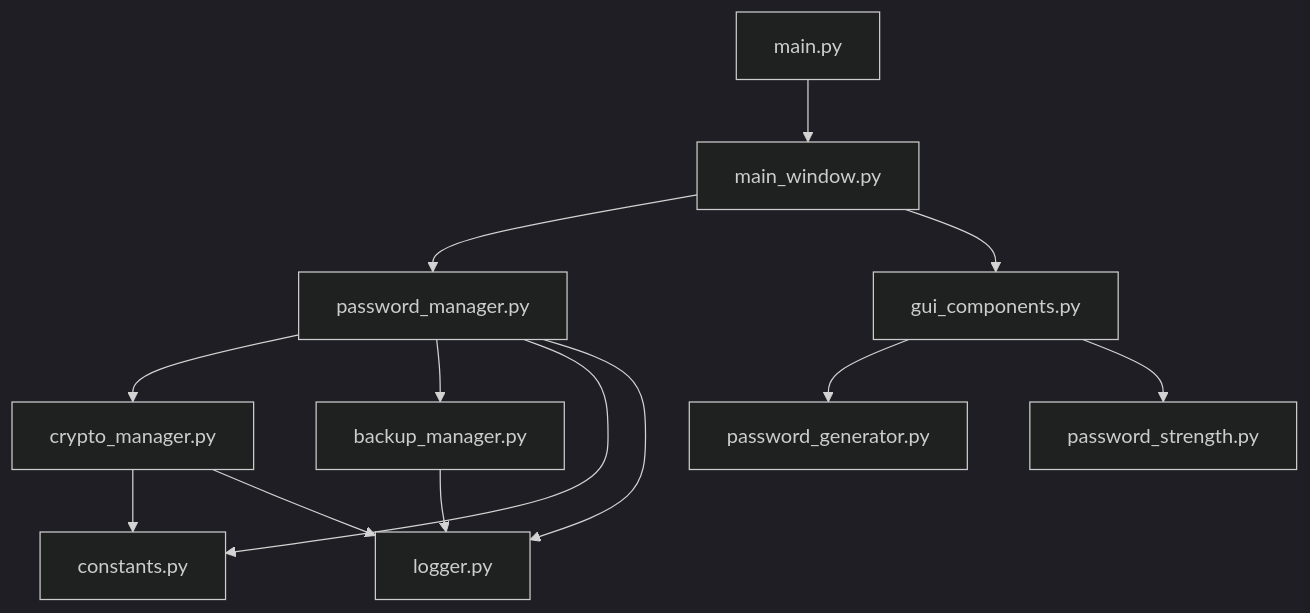
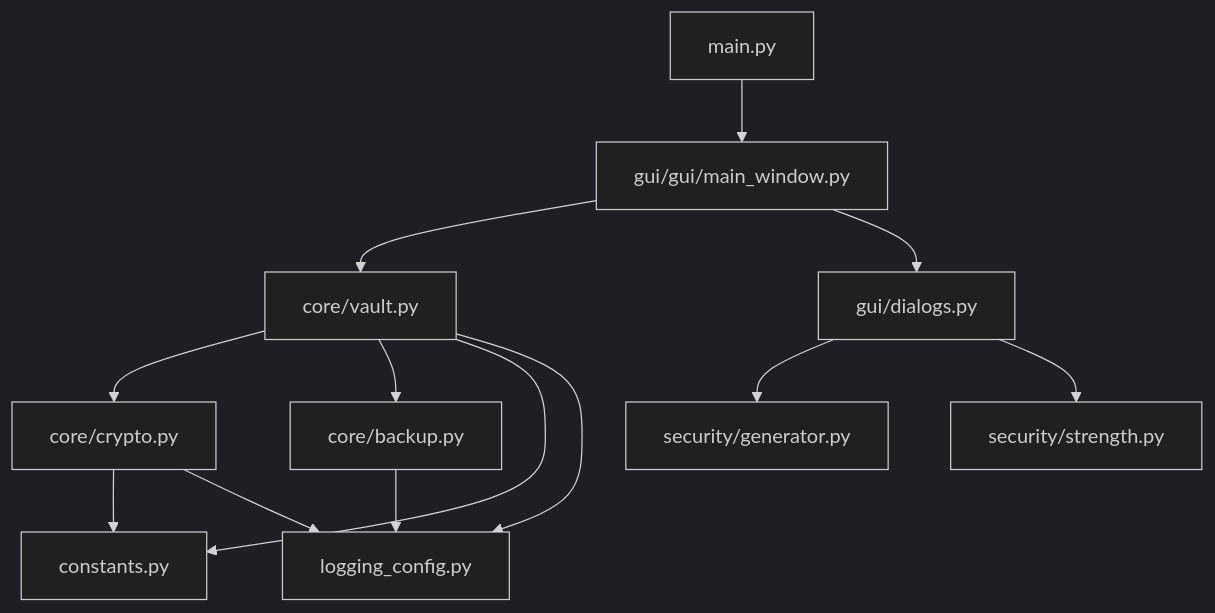
The diagram in TECHNICAL_DOCUMENTATION.md (GuptaAman12/vaultkeep), drawn with Mermaid (dark theme) before and after one commit. The commit also changed other lines of this file and 25 other files, not shown here.

````diff
--- a/TECHNICAL_DOCUMENTATION.md
+++ b/TECHNICAL_DOCUMENTATION.md
@@ -36,15 +36,15 @@
 ```mermaid
 graph TD
-    A[main.py] --> B[main_window.py]
-    B --> C[password_manager.py]
-    B --> D[gui_components.py]
-    C --> E[crypto_manager.py]
-    C --> F[backup_manager.py]
-    D --> G[password_generator.py]
-    D --> H[password_strength.py]
+    A[main.py] --> B[gui/gui/main_window.py]
+    B --> C[core/vault.py]
+    B --> D[gui/dialogs.py]
+    C --> E[core/crypto.py]
+    C --> F[core/backup.py]
+    D --> G[security/generator.py]
+    D --> H[security/strength.py]
     E --> I[constants.py]
-    E --> J[logger.py]
+    E --> J[logging_config.py]
     C --> I
     C --> J
     F --> J
 ```
````
